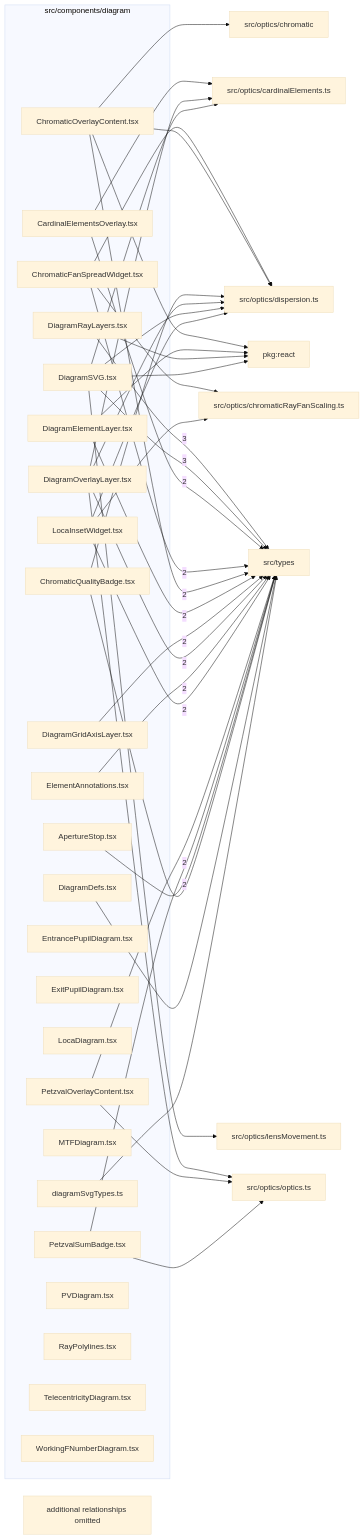
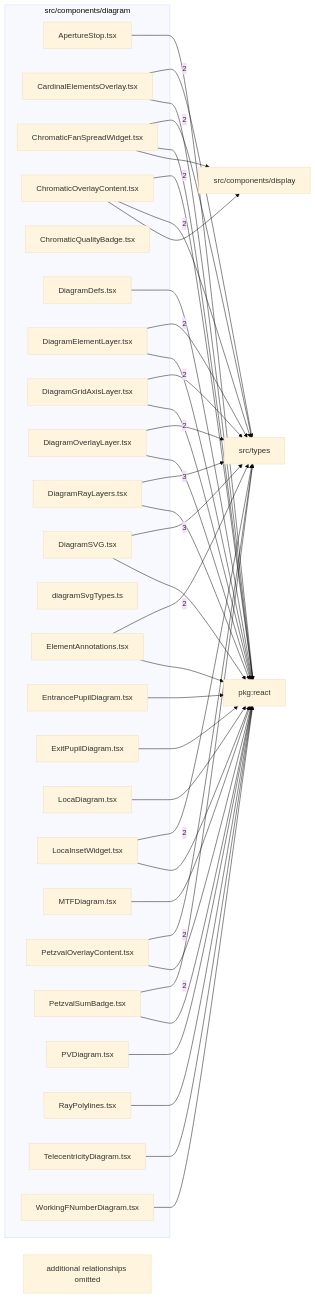
One commit to ronbuening/LensVisualizer changed the diagram in src/components/diagram/readme.md. Above: the diagram before and after it, drawn with Mermaid (base theme). The commit also changed other lines of this file and 38 other files, not shown here.

````diff
--- a/src/components/diagram/readme.md
+++ b/src/components/diagram/readme.md
@@ -9,74 +9,69 @@
 ```mermaid
 flowchart LR
   subgraph n_src_components_diagram["src/components/diagram"]
     n_src_components_diagram_src_components_diagram_ApertureStop_tsx["ApertureStop.tsx"]
     n_src_components_diagram_src_components_diagram_CardinalElementsOverlay_tsx["CardinalElementsOverlay.tsx"]
     n_src_components_diagram_src_components_diagram_ChromaticFanSpreadWidget_tsx["ChromaticFanSpreadWidget.tsx"]
     n_src_components_diagram_src_components_diagram_ChromaticOverlayContent_tsx["ChromaticOverlayContent.tsx"]
     n_src_components_diagram_src_components_diagram_ChromaticQualityBadge_tsx["ChromaticQualityBadge.tsx"]
     n_src_components_diagram_src_components_diagram_DiagramDefs_tsx["DiagramDefs.tsx"]
     n_src_components_diagram_src_components_diagram_DiagramElementLayer_tsx["DiagramElementLayer.tsx"]
     n_src_components_diagram_src_components_diagram_DiagramGridAxisLayer_tsx["DiagramGridAxisLayer.tsx"]
     n_src_components_diagram_src_components_diagram_DiagramOverlayLayer_tsx["DiagramOverlayLayer.tsx"]
     n_src_components_diagram_src_components_diagram_DiagramRayLayers_tsx["DiagramRayLayers.tsx"]
     n_src_components_diagram_src_components_diagram_DiagramSVG_tsx["DiagramSVG.tsx"]
     n_src_components_diagram_src_components_diagram_diagramSvgTypes_ts["diagramSvgTypes.ts"]
     n_src_components_diagram_src_components_diagram_ElementAnnotations_tsx["ElementAnnotations.tsx"]
     n_src_components_diagram_src_components_diagram_EntrancePupilDiagram_tsx["EntrancePupilDiagram.tsx"]
     n_src_components_diagram_src_components_diagram_ExitPupilDiagram_tsx["ExitPupilDiagram.tsx"]
     n_src_components_diagram_src_components_diagram_LocaDiagram_tsx["LocaDiagram.tsx"]
     n_src_components_diagram_src_components_diagram_LocaInsetWidget_tsx["LocaInsetWidget.tsx"]
     n_src_components_diagram_src_components_diagram_MTFDiagram_tsx["MTFDiagram.tsx"]
     n_src_components_diagram_src_components_diagram_PetzvalOverlayContent_tsx["PetzvalOverlayContent.tsx"]
     n_src_components_diagram_src_components_diagram_PetzvalSumBadge_tsx["PetzvalSumBadge.tsx"]
     n_src_components_diagram_src_components_diagram_PVDiagram_tsx["PVDiagram.tsx"]
     n_src_components_diagram_src_components_diagram_RayPolylines_tsx["RayPolylines.tsx"]
     n_src_components_diagram_src_components_diagram_TelecentricityDiagram_tsx["TelecentricityDiagram.tsx"]
     n_src_components_diagram_src_components_diagram_WorkingFNumberDiagram_tsx["WorkingFNumberDiagram.tsx"]
   end
   n_external_src_types["src/types"]
   n_external_pkg_react["pkg:react"]
-  n_external_src_optics_cardinalElements_ts["src/optics/cardinalElements.ts"]
-  n_external_src_optics_chromatic["src/optics/chromatic"]
-  n_external_src_optics_chromaticRayFanScaling_ts["src/optics/chromaticRayFanScaling.ts"]
-  n_external_src_optics_dispersion_ts["src/optics/dispersion.ts"]
-  n_external_src_optics_lensMovement_ts["src/optics/lensMovement.ts"]
-  n_external_src_optics_optics_ts["src/optics/optics.ts"]
+  n_external_src_components_display["src/components/display"]
   n_src_components_diagram_src_components_diagram_DiagramRayLayers_tsx --> |3| n_external_src_types
   n_src_components_diagram_src_components_diagram_DiagramSVG_tsx --> |3| n_external_src_types
+  n_src_components_diagram_src_components_diagram_ChromaticOverlayContent_tsx --> |2| n_external_pkg_react
   n_src_components_diagram_src_components_diagram_CardinalElementsOverlay_tsx --> |2| n_external_src_types
   n_src_components_diagram_src_components_diagram_ChromaticFanSpreadWidget_tsx --> |2| n_external_src_types
   n_src_components_diagram_src_components_diagram_ChromaticOverlayContent_tsx --> |2| n_external_src_types
   n_src_components_diagram_src_components_diagram_DiagramElementLayer_tsx --> |2| n_external_src_types
   n_src_components_diagram_src_components_diagram_DiagramGridAxisLayer_tsx --> |2| n_external_src_types
   n_src_components_diagram_src_components_diagram_DiagramOverlayLayer_tsx --> |2| n_external_src_types
   n_src_components_diagram_src_components_diagram_ElementAnnotations_tsx --> |2| n_external_src_types
   n_src_components_diagram_src_components_diagram_LocaInsetWidget_tsx --> |2| n_external_src_types
   n_src_components_diagram_src_components_diagram_PetzvalOverlayContent_tsx --> |2| n_external_src_types
   n_src_components_diagram_src_components_diagram_PetzvalSumBadge_tsx --> |2| n_external_src_types
-  n_src_components_diagram_src_components_diagram_ChromaticOverlayContent_tsx --> n_external_pkg_react
+  n_src_components_diagram_src_components_diagram_ApertureStop_tsx --> n_external_pkg_react
+  n_src_components_diagram_src_components_diagram_CardinalElementsOverlay_tsx --> n_external_pkg_react
+  n_src_components_diagram_src_components_diagram_ChromaticFanSpreadWidget_tsx --> n_external_pkg_react
+  n_src_components_diagram_src_components_diagram_DiagramDefs_tsx --> n_external_pkg_react
   n_src_components_diagram_src_components_diagram_DiagramElementLayer_tsx --> n_external_pkg_react
+  n_src_components_diagram_src_components_diagram_DiagramGridAxisLayer_tsx --> n_external_pkg_react
+  n_src_components_diagram_src_components_diagram_DiagramOverlayLayer_tsx --> n_external_pkg_react
   n_src_components_diagram_src_components_diagram_DiagramRayLayers_tsx --> n_external_pkg_react
   n_src_components_diagram_src_components_diagram_DiagramSVG_tsx --> n_external_pkg_react
-  n_src_components_diagram_src_components_diagram_CardinalElementsOverlay_tsx --> n_external_src_optics_cardinalElements_ts
-  n_src_components_diagram_src_components_diagram_DiagramOverlayLayer_tsx --> n_external_src_optics_cardinalElements_ts
-  n_src_components_diagram_src_components_diagram_DiagramSVG_tsx --> n_external_src_optics_cardinalElements_ts
-  n_src_components_diagram_src_components_diagram_ChromaticOverlayContent_tsx --> n_external_src_optics_chromatic
-  n_src_components_diagram_src_components_diagram_ChromaticFanSpreadWidget_tsx --> n_external_src_optics_chromaticRayFanScaling_ts
-  n_src_components_diagram_src_components_diagram_LocaInsetWidget_tsx --> n_external_src_optics_chromaticRayFanScaling_ts
-  n_src_components_diagram_src_components_diagram_ChromaticFanSpreadWidget_tsx --> n_external_src_optics_dispersion_ts
-  n_src_components_diagram_src_components_diagram_ChromaticOverlayContent_tsx --> n_external_src_optics_dispersion_ts
-  n_src_components_diagram_src_components_diagram_ChromaticQualityBadge_tsx --> n_external_src_optics_dispersion_ts
-  n_src_components_diagram_src_components_diagram_DiagramOverlayLayer_tsx --> n_external_src_optics_dispersion_ts
-  n_src_components_diagram_src_components_diagram_DiagramSVG_tsx --> n_external_src_optics_dispersion_ts
-  n_src_components_diagram_src_components_diagram_LocaInsetWidget_tsx --> n_external_src_optics_dispersion_ts
-  n_src_components_diagram_src_components_diagram_DiagramSVG_tsx --> n_external_src_optics_lensMovement_ts
-  n_src_components_diagram_src_components_diagram_DiagramOverlayLayer_tsx --> n_external_src_optics_optics_ts
-  n_src_components_diagram_src_components_diagram_PetzvalOverlayContent_tsx --> n_external_src_optics_optics_ts
-  n_src_components_diagram_src_components_diagram_PetzvalSumBadge_tsx --> n_external_src_optics_optics_ts
-  n_src_components_diagram_src_components_diagram_ApertureStop_tsx --> n_external_src_types
-  n_src_components_diagram_src_components_diagram_ChromaticQualityBadge_tsx --> n_external_src_types
-  n_src_components_diagram_src_components_diagram_DiagramDefs_tsx --> n_external_src_types
-  n_src_components_diagram_src_components_diagram_diagramSvgTypes_ts --> n_external_src_types
+  n_src_components_diagram_src_components_diagram_ElementAnnotations_tsx --> n_external_pkg_react
+  n_src_components_diagram_src_components_diagram_EntrancePupilDiagram_tsx --> n_external_pkg_react
+  n_src_components_diagram_src_components_diagram_ExitPupilDiagram_tsx --> n_external_pkg_react
+  n_src_components_diagram_src_components_diagram_LocaDiagram_tsx --> n_external_pkg_react
+  n_src_components_diagram_src_components_diagram_LocaInsetWidget_tsx --> n_external_pkg_react
+  n_src_components_diagram_src_components_diagram_MTFDiagram_tsx --> n_external_pkg_react
+  n_src_components_diagram_src_components_diagram_PetzvalOverlayContent_tsx --> n_external_pkg_react
+  n_src_components_diagram_src_components_diagram_PetzvalSumBadge_tsx --> n_external_pkg_react
+  n_src_components_diagram_src_components_diagram_PVDiagram_tsx --> n_external_pkg_react
+  n_src_components_diagram_src_components_diagram_RayPolylines_tsx --> n_external_pkg_react
+  n_src_components_diagram_src_components_diagram_TelecentricityDiagram_tsx --> n_external_pkg_react
+  n_src_components_diagram_src_components_diagram_WorkingFNumberDiagram_tsx --> n_external_pkg_react
+  n_src_components_diagram_src_components_diagram_ChromaticFanSpreadWidget_tsx --> n_external_src_components_display
+  n_src_components_diagram_src_components_diagram_ChromaticOverlayContent_tsx --> n_external_src_components_display
   n_src_components_diagram_truncated["additional relationships omitted"]
 ```
````
